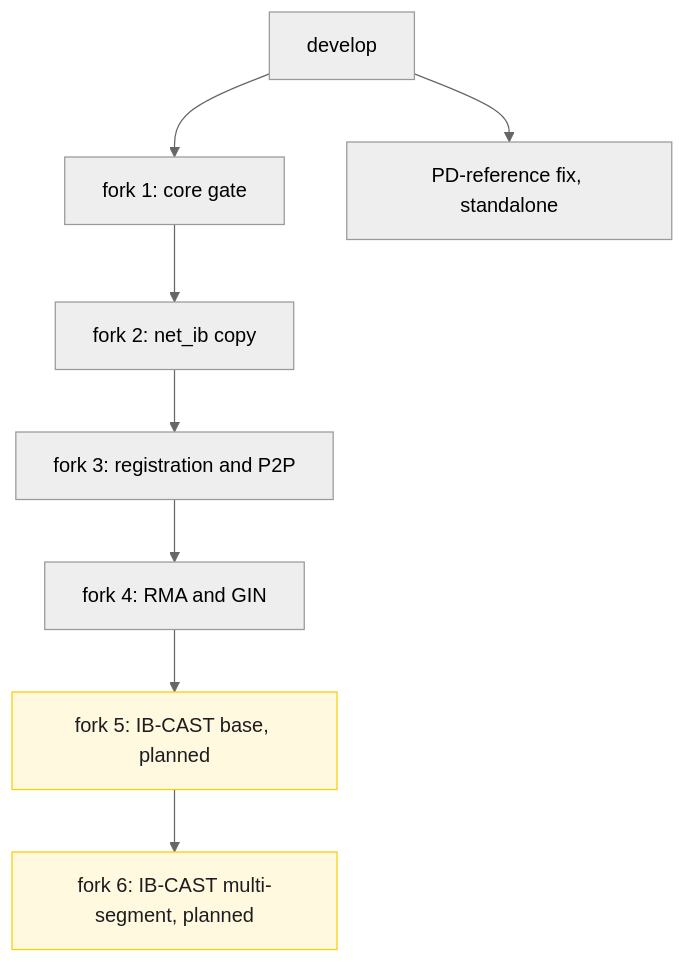
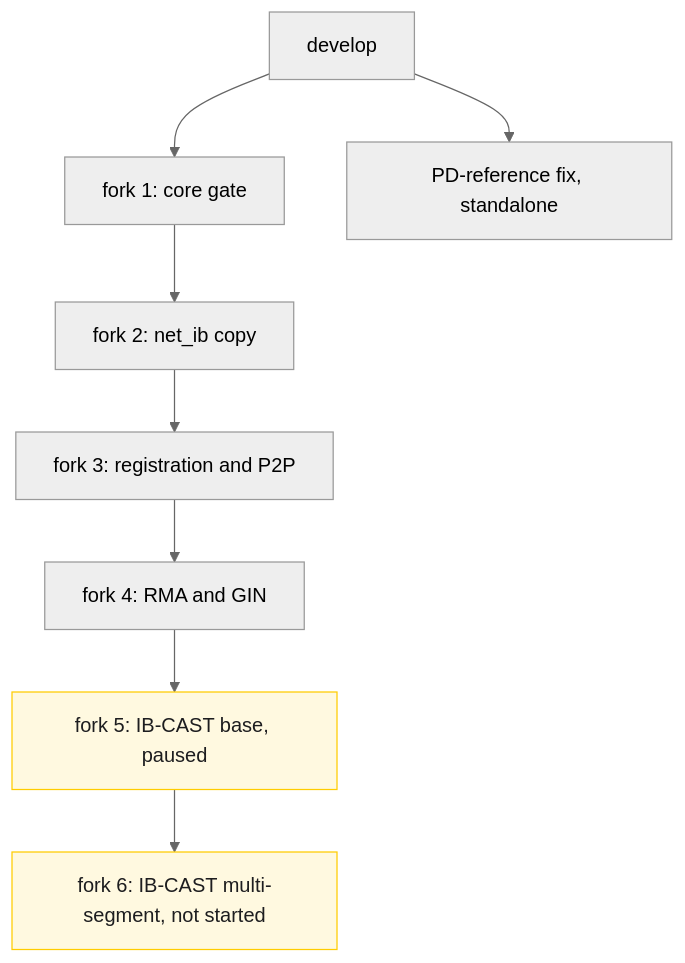
Before and after one commit to ROCm/rocm-systems: the second of 7 diagrams in projects/rccl/docs/design/multi_segment_fork_plugin.md, drawn with Mermaid (neutral theme). The commit also changed other lines of this file and 14 other files, not shown here.

````diff
--- a/projects/rccl/docs/design/multi_segment_fork_plugin.md
+++ b/projects/rccl/docs/design/multi_segment_fork_plugin.md
@@ -49,13 +49,13 @@
 ```mermaid
 %% caption: Forks, stacked on develop
 flowchart TD
  dev["develop"] --> f1["fork 1: core gate"]
  f1 --> f2["fork 2: net_ib copy"]
  f2 --> f3["fork 3: registration and P2P"]
  f3 --> f4["fork 4: RMA and GIN"]
- f4 --> f5["fork 5: IB-CAST base, planned"]
- f5 --> f6["fork 6: IB-CAST multi-segment, planned"]
+ f4 --> f5["fork 5: IB-CAST base, paused"]
+ f5 --> f6["fork 6: IB-CAST multi-segment, not started"]
  dev --> pd["PD-reference fix, standalone"]
  classDef planned fill:#fff9e0,stroke:#ffcc00,color:#1d1d1f
  class f5,f6 planned
 ```
````
